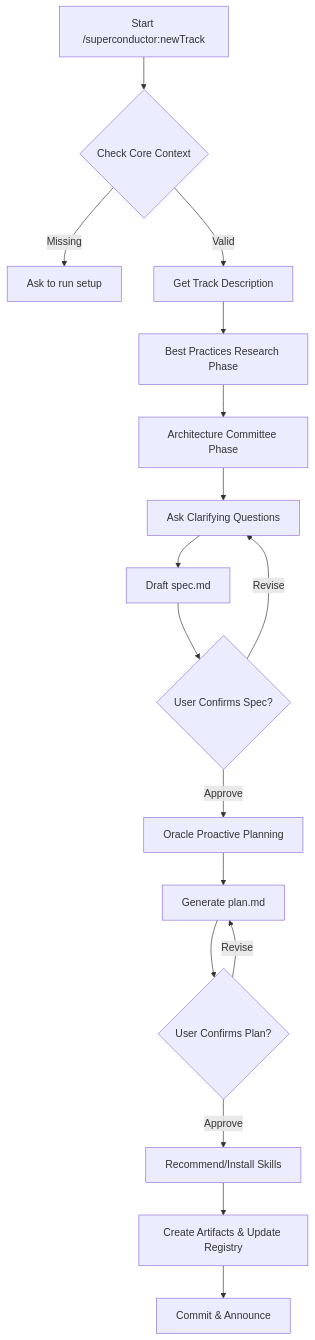
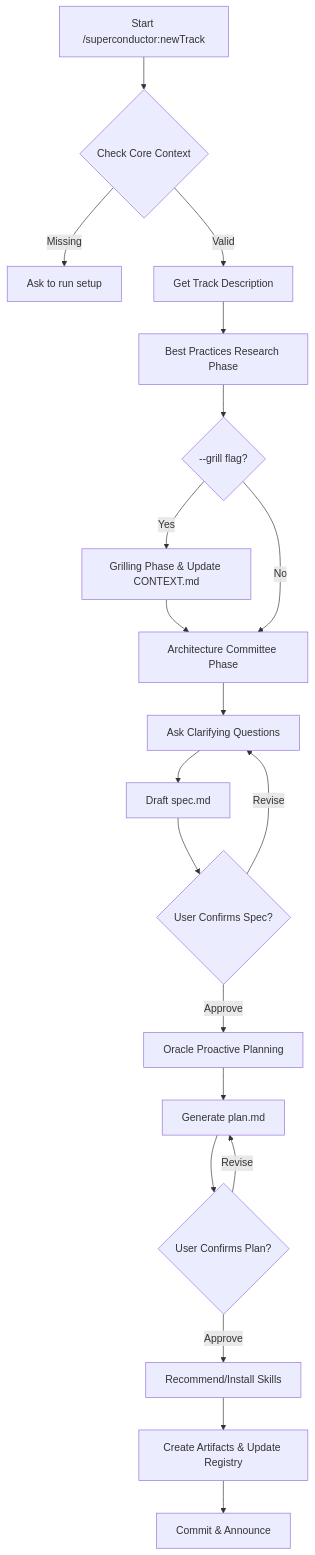
One commit to Gooseware/superconductor changed the diagram in skills/new-track/SKILL.md. Above: the diagram before and after it, drawn with Mermaid. The commit also changed other lines of this file, not shown here.

Commit message:
feat: Add Grilling phase and CONTEXT.md generation to newTrack

````diff
--- a/skills/new-track/SKILL.md
+++ b/skills/new-track/SKILL.md
@@ -221,19 +230,22 @@
 ```mermaid
 graph TD
     A[Start /superconductor:newTrack] --> B{Check Core Context}
     B -->|Missing| C[Ask to run setup]
     B -->|Valid| D[Get Track Description]
     D --> E[Best Practices Research Phase]
-    E --> F[Architecture Committee Phase]
+    E --> E2{--grill flag?}
+    E2 -->|Yes| E3[Grilling Phase & Update CONTEXT.md]
+    E3 --> F
+    E2 -->|No| F[Architecture Committee Phase]
     F --> G[Ask Clarifying Questions]
     G --> H[Draft spec.md]
     H --> I{User Confirms Spec?}
     I -->|Revise| G
     I -->|Approve| J[Oracle Proactive Planning]
     J --> K[Generate plan.md]
     K --> L{User Confirms Plan?}
     L -->|Revise| K
     L -->|Approve| M[Recommend/Install Skills]
     M --> N[Create Artifacts & Update Registry]
     N --> O[Commit & Announce]
 ```
````
